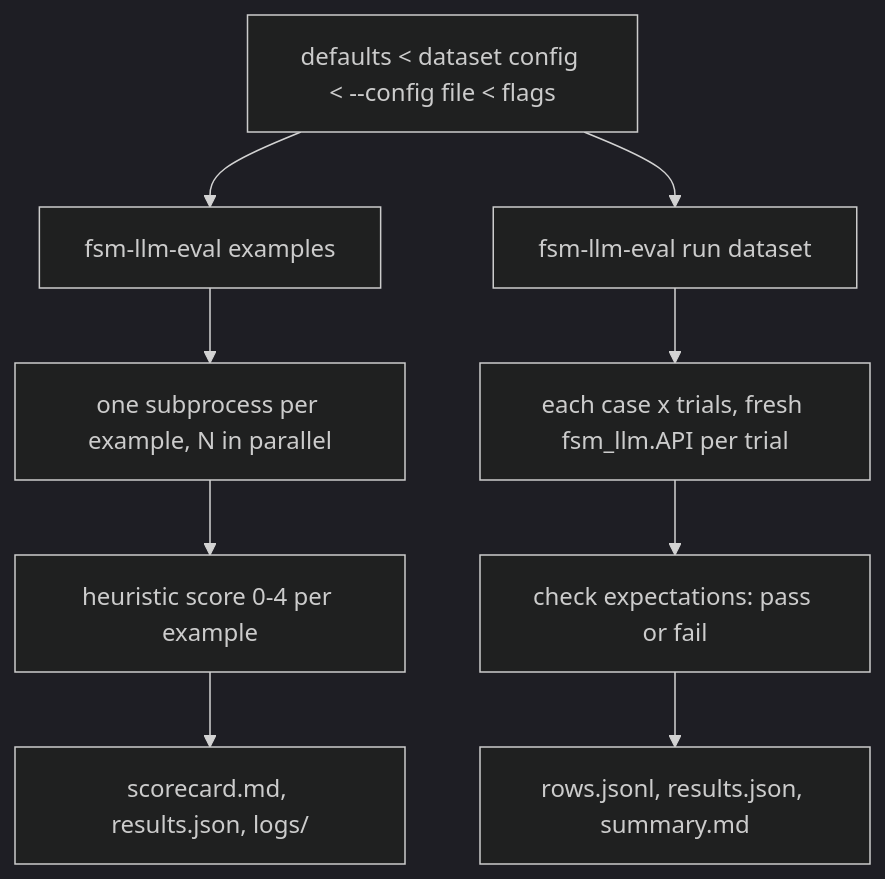
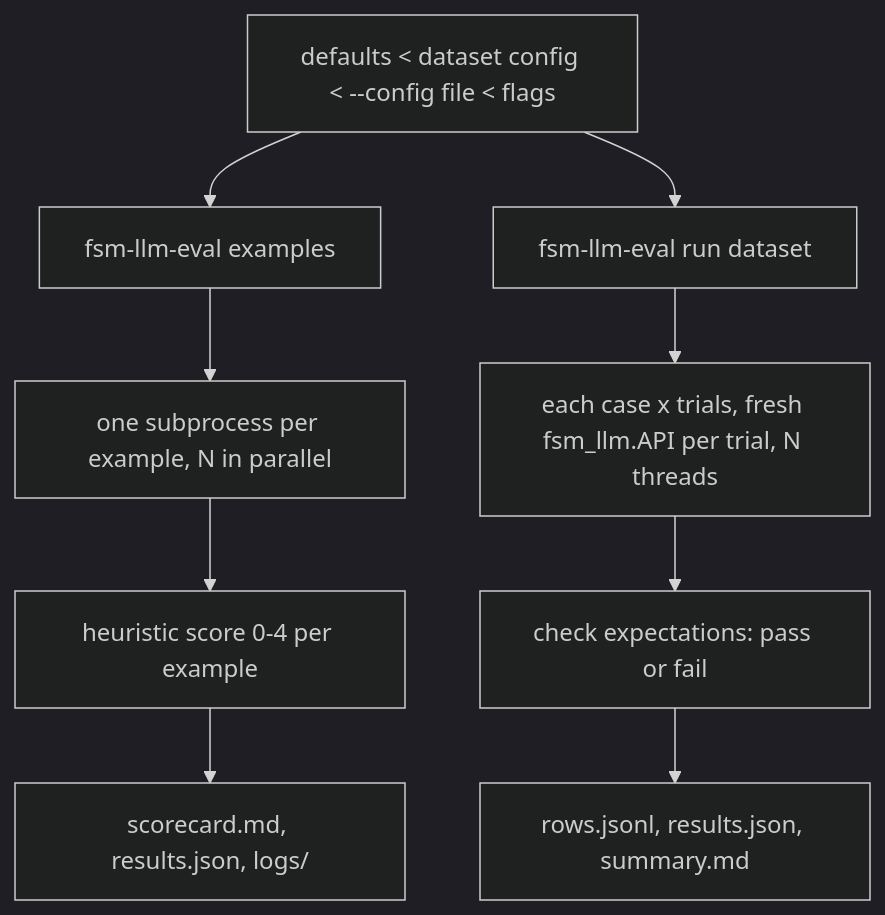
The diagram in src/fsm_llm/eval/README.md (NikolasMarkou/fsm_llm), drawn with Mermaid (dark theme) before and after one commit. The commit also changed other lines of this file and 49 other files, not shown here.

````diff
--- a/src/fsm_llm/eval/README.md
+++ b/src/fsm_llm/eval/README.md
@@ -14,11 +14,11 @@
 ```mermaid
 flowchart TD
     C[defaults < dataset config < --config file < flags] --> E[fsm-llm-eval examples]
     C --> R[fsm-llm-eval run dataset]
     E --> P[one subprocess per example, N in parallel]
     P --> S[heuristic score 0-4 per example]
     S --> O1[scorecard.md, results.json, logs/]
-    R --> T[each case x trials, fresh fsm_llm.API per trial]
+    R --> T[each case x trials, fresh fsm_llm.API per trial, N threads]
     T --> X[check expectations: pass or fail]
     X --> O2[rows.jsonl, results.json, summary.md]
 ```
````
